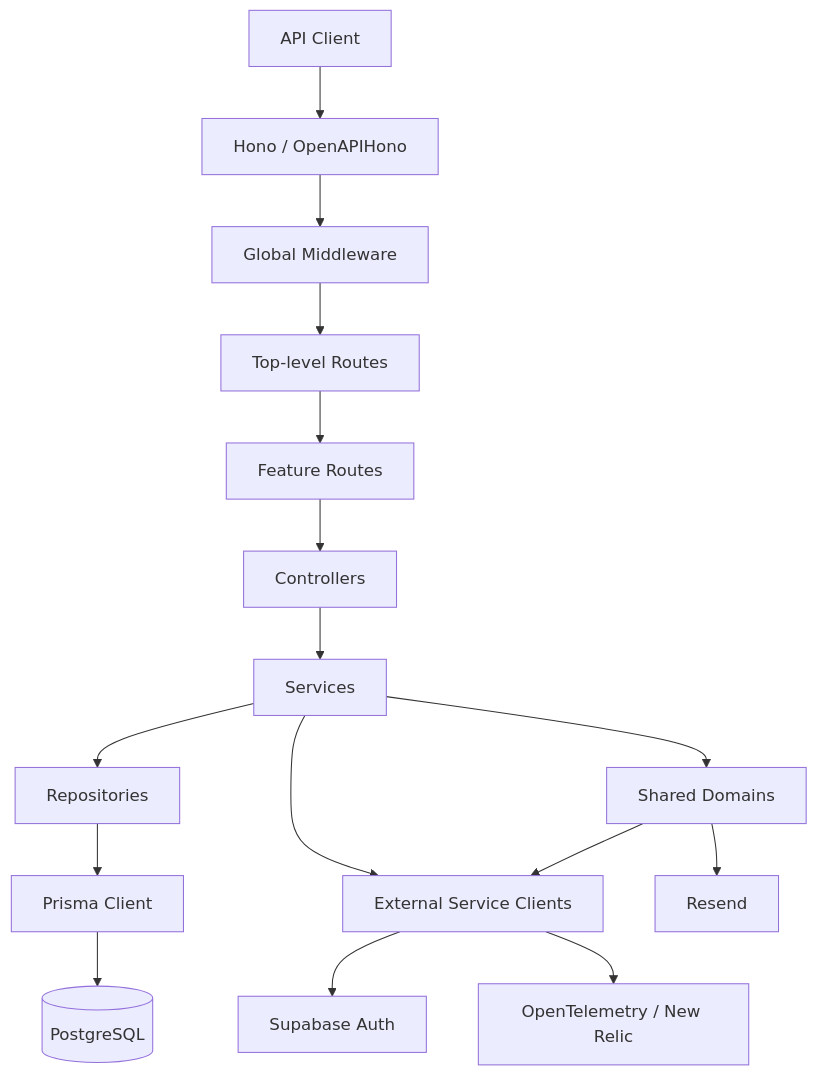
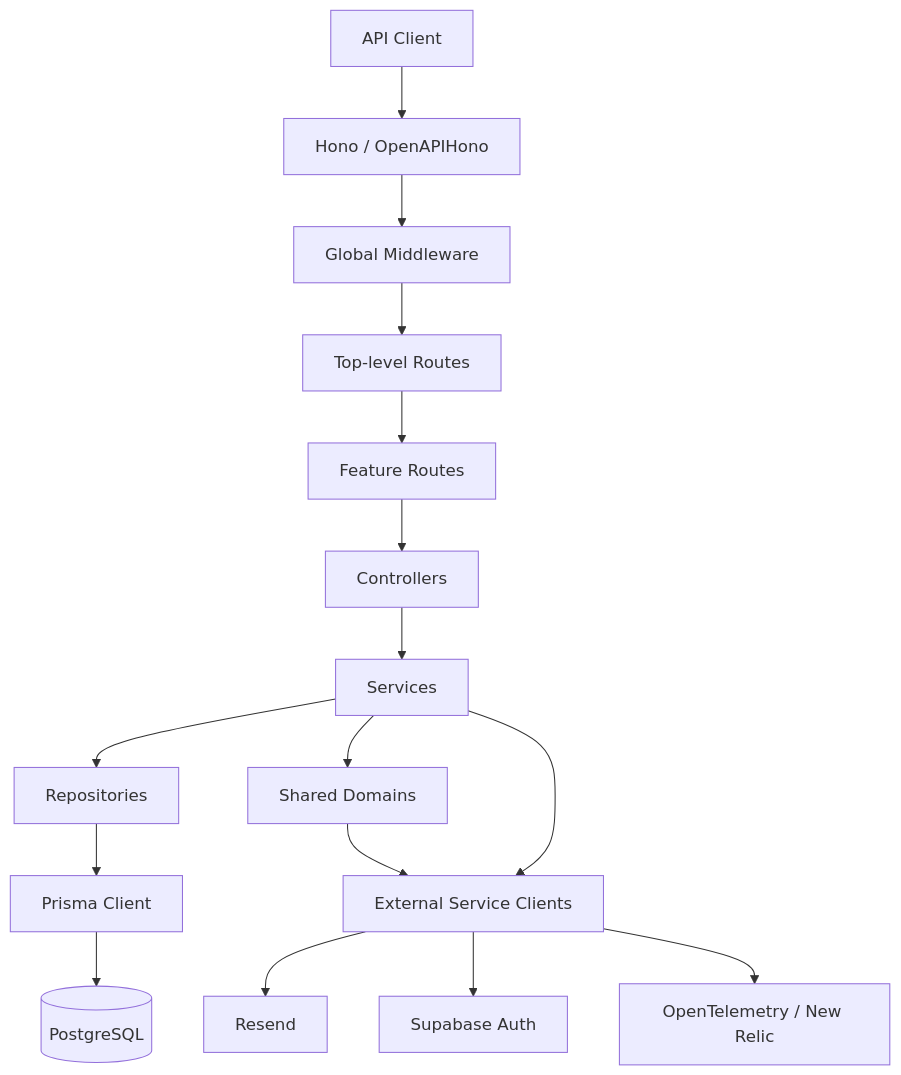
Before and after one commit to kojiyamauchi/hono-app: the first of 3 diagrams in README.md, drawn with Mermaid. The commit also changed other lines of this file and 2 other files, not shown here.

````diff
--- a/README.md
+++ b/README.md
@@ -44,24 +44,24 @@
 ```mermaid
 flowchart TD
     Client[API Client]
 
     Client --> App[Hono / OpenAPIHono]
     App --> GlobalMiddleware[Global Middleware]
     GlobalMiddleware --> Routes[Top-level Routes]
 
     Routes --> FeatureRoutes[Feature Routes]
     FeatureRoutes --> Controllers[Controllers]
     Controllers --> Services[Services]
     Services --> Repositories[Repositories]
 
     Services --> Shared[Shared Domains]
     Repositories --> Prisma[Prisma Client]
 
     Shared --> Libs[External Service Clients]
     Services --> Libs
-    Shared --> Resend[Resend]
     Prisma --> PostgreSQL[(PostgreSQL)]
 
+    Libs --> Resend[Resend]
     Libs --> Supabase[Supabase Auth]
     Libs --> Telemetry[OpenTelemetry / New Relic]
 ```
````
